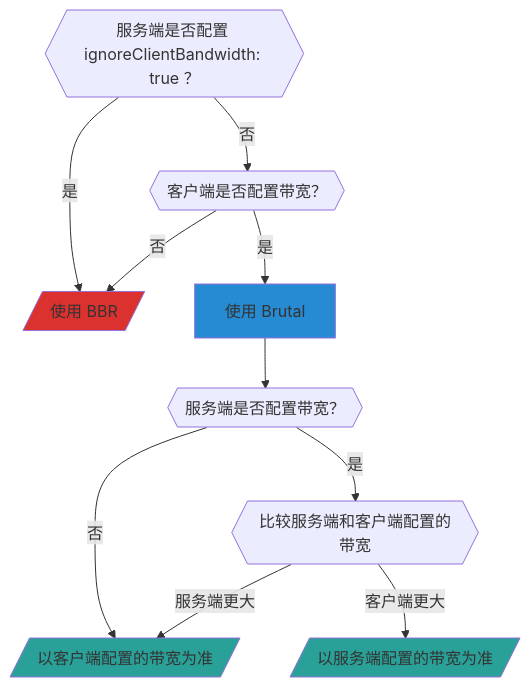
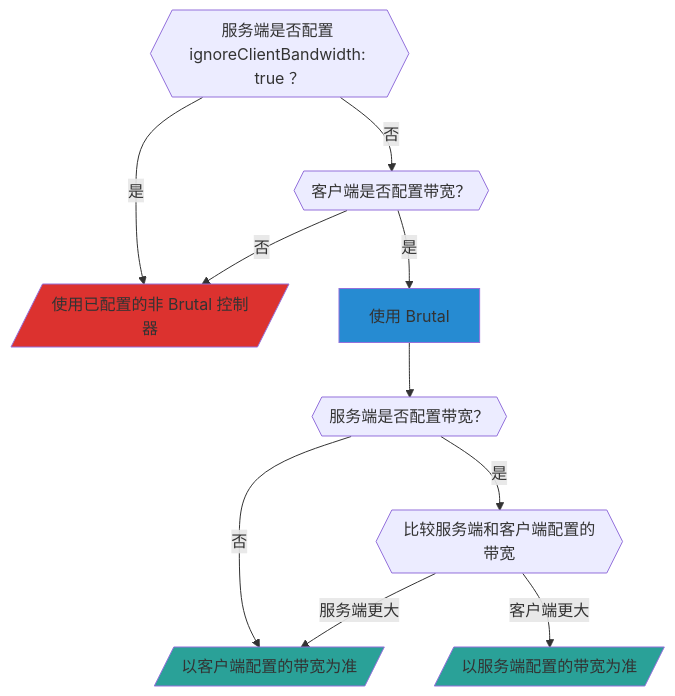
The first of 2 diagrams in docs/docs/advanced/Full-Server-Config.zh.md (apernet/hysteria-website), drawn with Mermaid before and after one commit. The commit also changed other lines of this file and 37 other files, not shown here.

````diff
--- a/docs/docs/advanced/Full-Server-Config.zh.md
+++ b/docs/docs/advanced/Full-Server-Config.zh.md
@@ -155,17 +190,17 @@
 ```mermaid
 graph TD;
-    ICB{{"服务端是否配置 ignoreClientBandwidth: true ？"}} -- "是" --> BBR[/"使用 BBR"/];
+    ICB{{"服务端是否配置 ignoreClientBandwidth: true ？"}} -- "是" --> NonBrutal[/"使用已配置的非 Brutal 控制器"/];
     ICB -- "否" --> C_has_BW;
-    C_has_BW{{"客户端是否配置带宽？"}} -- "否" --> BBR;
+    C_has_BW{{"客户端是否配置带宽？"}} -- "否" --> NonBrutal;
     C_has_BW -- "是" --> Brutal;
     Brutal["使用 Brutal"] --> S_has_BW;
     S_has_BW{{"服务端是否配置带宽？"}} -- "否" --> Brutal_C[/"以客户端配置的带宽为准"/];
     S_has_BW -- "是" --> S_C_CMP;
     S_C_CMP{{"比较服务端和客户端配置的带宽"}} -- "服务端更大" --> Brutal_C;
     S_C_CMP -- "客户端更大" --> Brutal_S[/"以服务端配置的带宽为准"/];
 
-    style BBR fill:#dc322f;
+    style NonBrutal fill:#dc322f;
     style Brutal fill:#268bd2;
     style Brutal_C fill:#2aa198;
     style Brutal_S fill:#2aa198;
 ```
````
